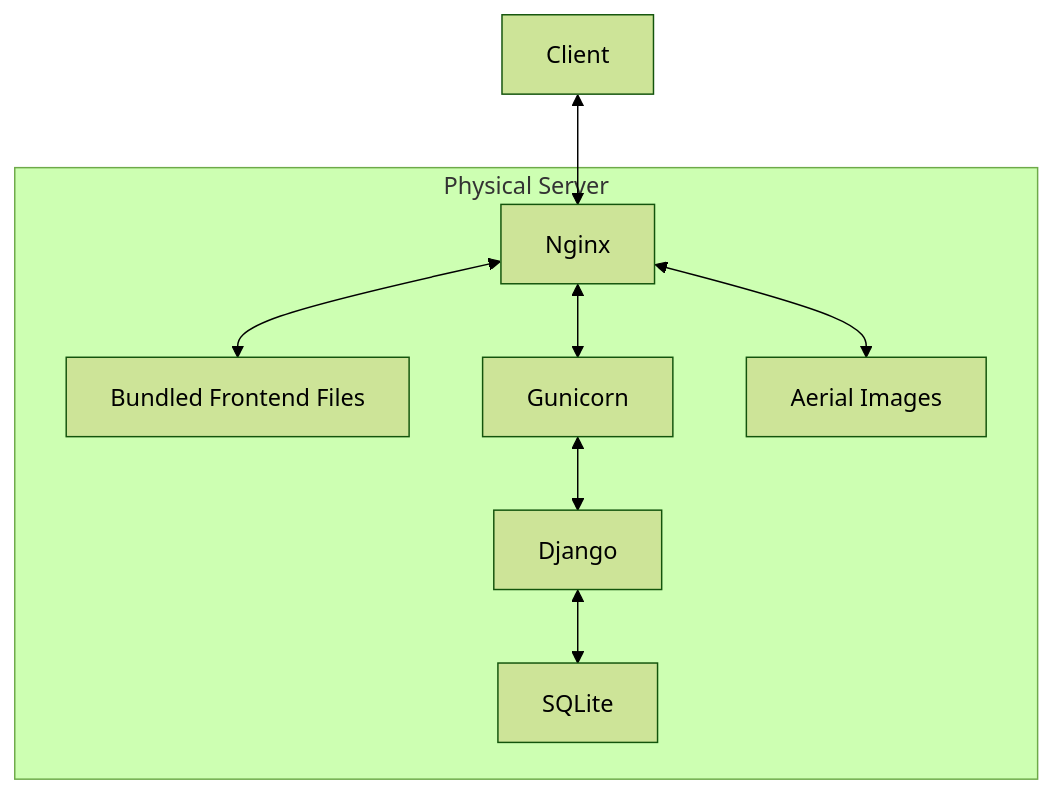
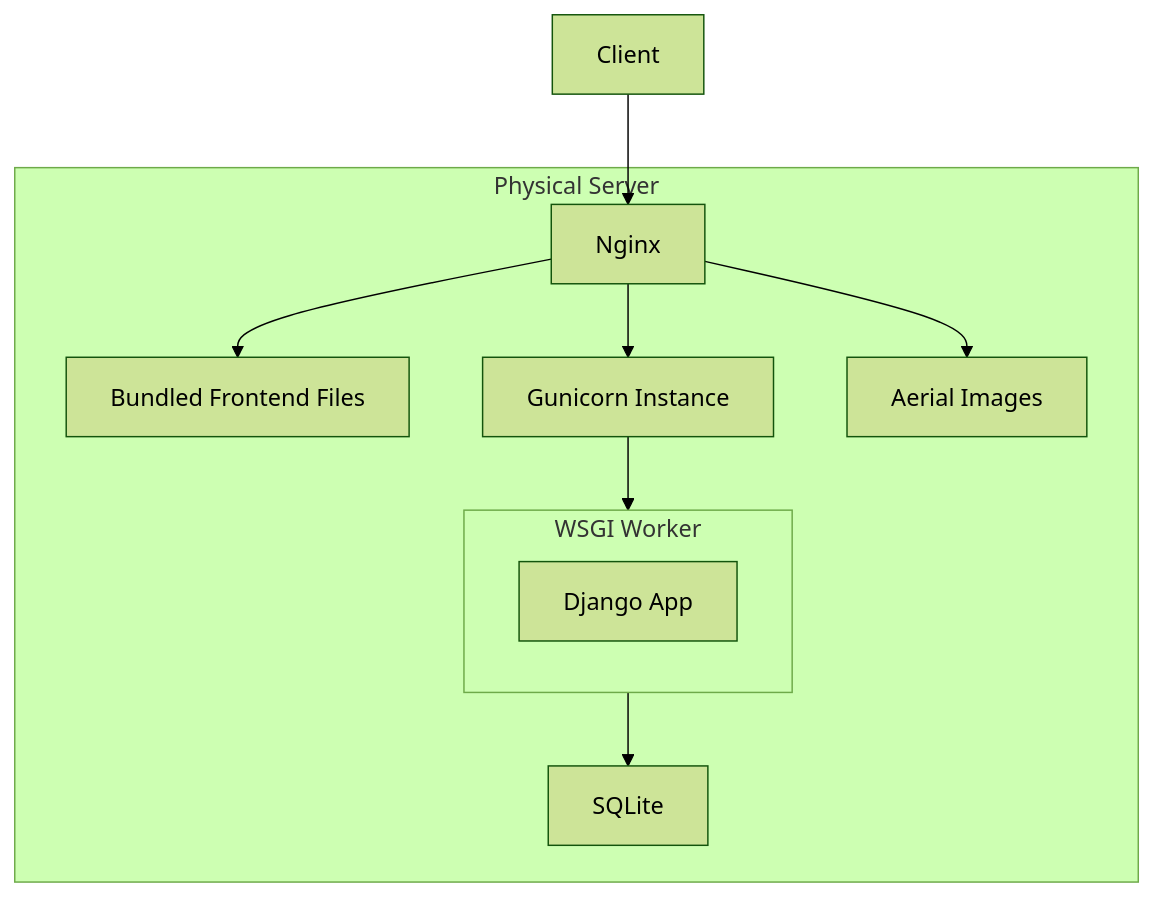
The third of 4 diagrams in _posts/2025-04-07-retrospective-kakao-impact.md (skykhs3/skykhs3.github.io), drawn with Mermaid (forest theme) before and after one commit. The commit also changed other lines of this file and 1 other file, not shown here.

````diff
--- a/_posts/2025-04-07-retrospective-kakao-impact.md
+++ b/_posts/2025-04-07-retrospective-kakao-impact.md
@@ -58,12 +58,14 @@
 ```mermaid
 flowchart TD
-    A[Client] <-->  B
-    subgraph Physical Server
-        B[Nginx] <--> C[Bundled Frontend Files]
-        B <--> D[Gunicorn]
-        D <--> E[Django]
-        E <--> F[SQLite]
-        B <--> G[Aerial Images]
+    A[Client] -->  B
+    subgraph P[Physical Server]
+        B[Nginx] --> C[Bundled Frontend Files]
+        B --> D[Gunicorn Instance]
+        D --> E
+        subgraph E[WSGI Worker]
+            F[Django App]
+        end
+        E --> H[SQLite]
+        B --> G[Aerial Images]
     end
-
 ```
````
